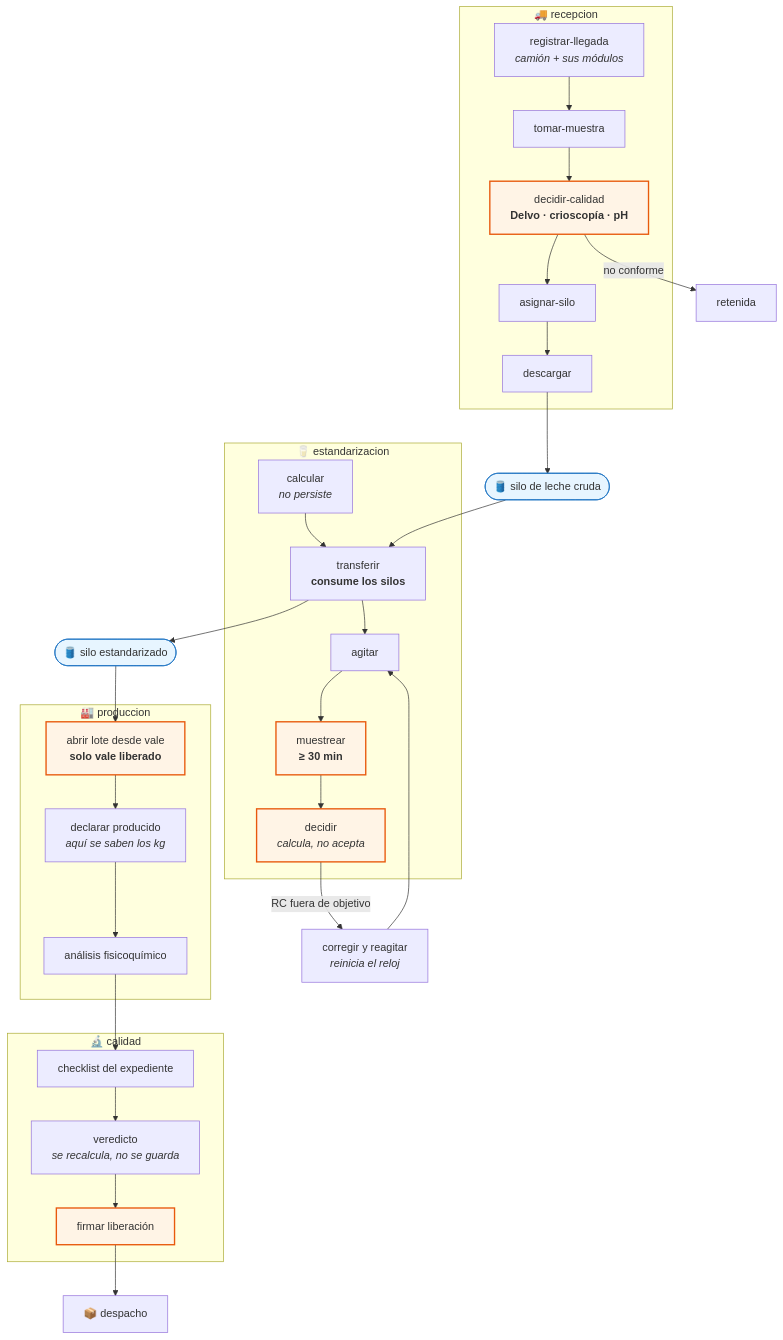
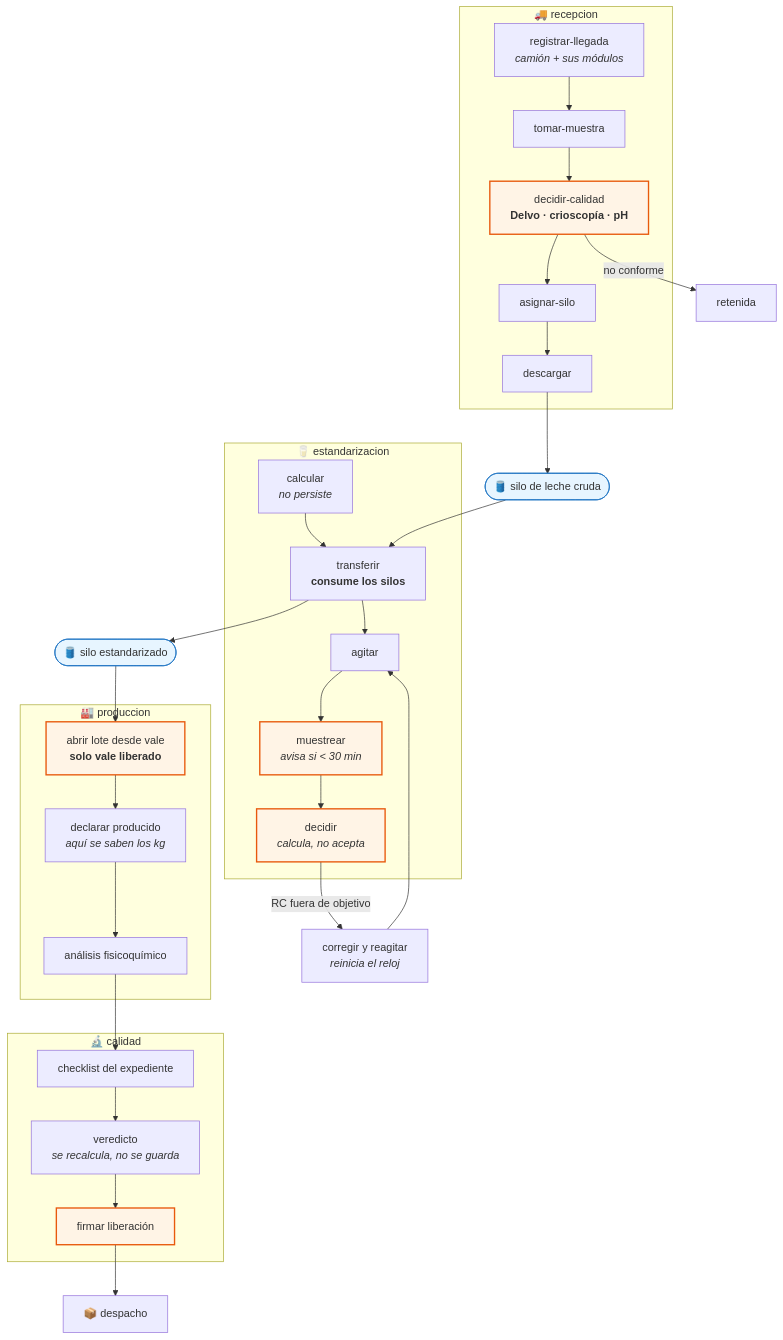
The first of 5 diagrams in docs/FLUJO_DEL_SISTEMA.md (FelipeCCAA/CCAA), drawn with Mermaid before and after one commit.

Commit message:
Corrige el nodo del diagrama que seguia diciendo muestrear >= 30 min
El parrafo y la fila de la tabla del mismo archivo ya se habian
corregido en un arreglo anterior, pero el nodo E4 del diagrama
mermaid --45 lineas mas arriba-- seguia mostrando el umbral como
compuerta de bloqueo. El diagrama es lo primero que se lee, y el
archivo se contradecia a si mismo.

````diff
--- a/docs/FLUJO_DEL_SISTEMA.md
+++ b/docs/FLUJO_DEL_SISTEMA.md
@@ -24,54 +24,54 @@
 ```mermaid
 flowchart TD
     subgraph REC["🚚 recepcion"]
         R1["registrar-llegada<br/><i>camión + sus módulos</i>"]
         R2["tomar-muestra"]
         R3["decidir-calidad<br/><b>Delvo · crioscopía · pH</b>"]
         R4["asignar-silo"]
         R5["descargar"]
         R1 --> R2 --> R3 --> R4 --> R5
     end
 
     subgraph EST["🥛 estandarizacion"]
         E1["calcular<br/><i>no persiste</i>"]
         E2["transferir<br/><b>consume los silos</b>"]
         E3["agitar"]
-        E4["muestrear<br/><b>≥ 30 min</b>"]
+        E4["muestrear<br/><i>avisa si &lt; 30 min</i>"]
         E5["decidir<br/><i>calcula, no acepta</i>"]
         E1 --> E2 --> E3 --> E4 --> E5
     end
 
     subgraph PRO["🏭 produccion"]
         P1["abrir lote desde vale<br/><b>solo vale liberado</b>"]
         P2["declarar producido<br/><i>aquí se saben los kg</i>"]
         P3["análisis fisicoquímico"]
         P1 --> P2 --> P3
     end
 
     subgraph CAL["🔬 calidad"]
         C1["checklist del expediente"]
         C2["veredicto<br/><i>se recalcula, no se guarda</i>"]
         C3["firmar liberación"]
         C1 --> C2 --> C3
     end
 
     SILO(["🛢️ silo de leche cruda"])
     SILOE(["🛢️ silo estandarizado"])
     DESP["📦 despacho"]
 
     R5 --> SILO
     SILO --> E2
     E2 --> SILOE
     SILOE --> P1
     P3 --> C1
     C3 --> DESP
 
     E5 -->|"RC fuera de objetivo"| CORR["corregir y reagitar<br/><i>reinicia el reloj</i>"]
     CORR --> E3
     R3 -->|"no conforme"| RET["retenida"]
 
     classDef gate fill:#fff4e6,stroke:#e8590c,stroke-width:2px
     classDef store fill:#e7f5ff,stroke:#1971c2
     class R3,E4,E5,P1,C3 gate
     class SILO,SILOE store
 ```
````
